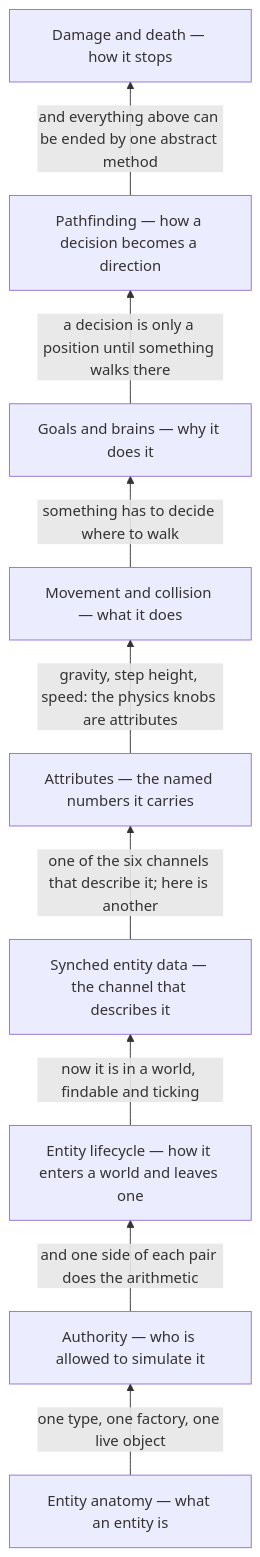
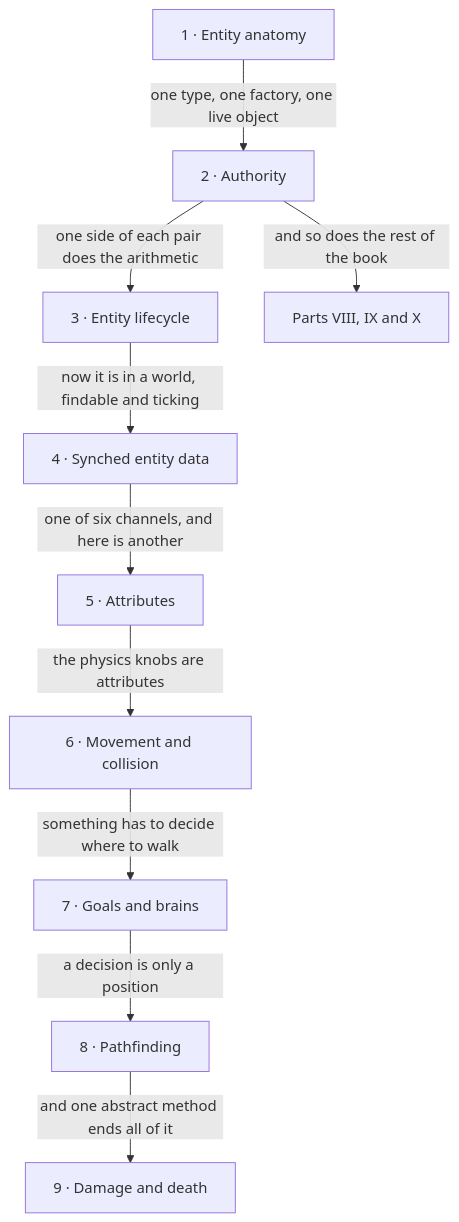
Before and after one commit to AlexanderjFraser/MinecraftDocs: the diagram in src/systems/entities/README.md, drawn with Mermaid. The commit also changed other lines of this file and 23 other files, not shown here.

````diff
--- a/src/systems/entities/README.md
+++ b/src/systems/entities/README.md
@@ -28,20 +28,22 @@
 ```mermaid
-flowchart BT
-    A["Entity anatomy — what an entity is"]
-    B["Authority — who is allowed to simulate it"]
-    C["Entity lifecycle — how it enters a world and leaves one"]
-    D["Synched entity data — the channel that describes it"]
-    E["Attributes — the named numbers it carries"]
-    F["Movement and collision — what it does"]
-    G["Goals and brains — why it does it"]
-    H["Pathfinding — how a decision becomes a direction"]
-    I["Damage and death — how it stops"]
+flowchart TD
+    A["1 · Entity anatomy"]
+    B["2 · Authority"]
+    C["3 · Entity lifecycle"]
+    D["4 · Synched entity data"]
+    E["5 · Attributes"]
+    F["6 · Movement and collision"]
+    G["7 · Goals and brains"]
+    H["8 · Pathfinding"]
+    I["9 · Damage and death"]
+    OUT["Parts VIII, IX and X"]
     A -- "one type, one factory, one live object" --> B
-    B -- "and one side of each pair does the arithmetic" --> C
+    B -- "one side of each pair does the arithmetic" --> C
     C -- "now it is in a world, findable and ticking" --> D
-    D -- "one of the six channels that describe it; here is another" --> E
-    E -- "gravity, step height, speed: the physics knobs are attributes" --> F
+    D -- "one of six channels, and here is another" --> E
+    E -- "the physics knobs are attributes" --> F
     F -- "something has to decide where to walk" --> G
-    G -- "a decision is only a position until something walks there" --> H
-    H -- "and everything above can be ended by one abstract method" --> I
+    G -- "a decision is only a position" --> H
+    H -- "and one abstract method ends all of it" --> I
+    B -- "and so does the rest of the book" --> OUT
 ```
````
